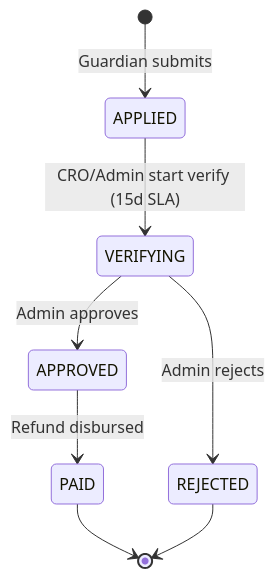
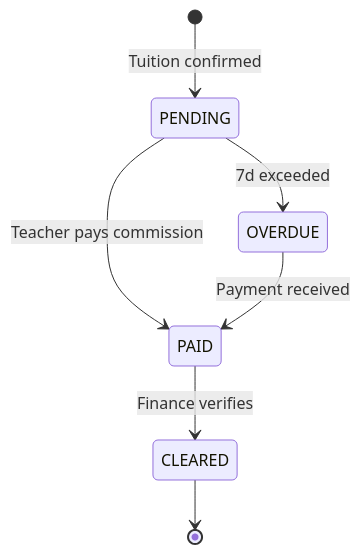
The tenth of 15 diagrams in README.md (NeexG/bright-tutor-documentation), drawn with Mermaid before and after one commit. The commit also changed other lines of this file, not shown here.

````diff
--- a/README.md
+++ b/README.md
@@ -1583,10 +1631,9 @@
 ```mermaid
 stateDiagram-v2
-  [*] --> APPLIED: Guardian submits
-  APPLIED --> VERIFYING: CRO/Admin start verify (15d SLA)
-  VERIFYING --> APPROVED: Admin approves
-  VERIFYING --> REJECTED: Admin rejects
-  APPROVED --> PAID: Refund disbursed
-  PAID --> [*]
-  REJECTED --> [*]
+  [*] --> PENDING: Tuition confirmed
+  PENDING --> PAID: Teacher pays commission
+  PAID --> CLEARED: Finance verifies
+  CLEARED --> [*]
+  PENDING --> OVERDUE: 7d exceeded
+  OVERDUE --> PAID: Payment received
 ```
````
